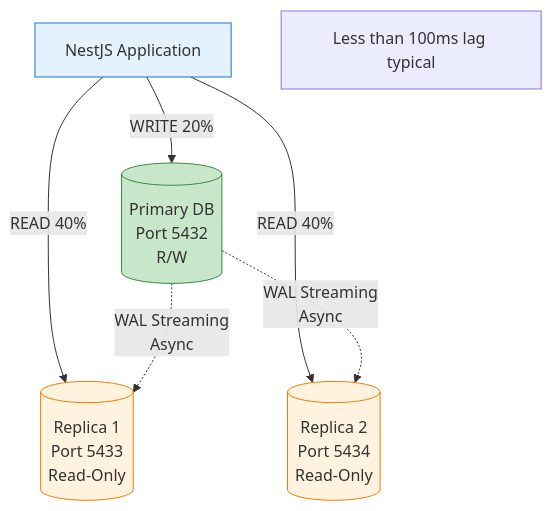
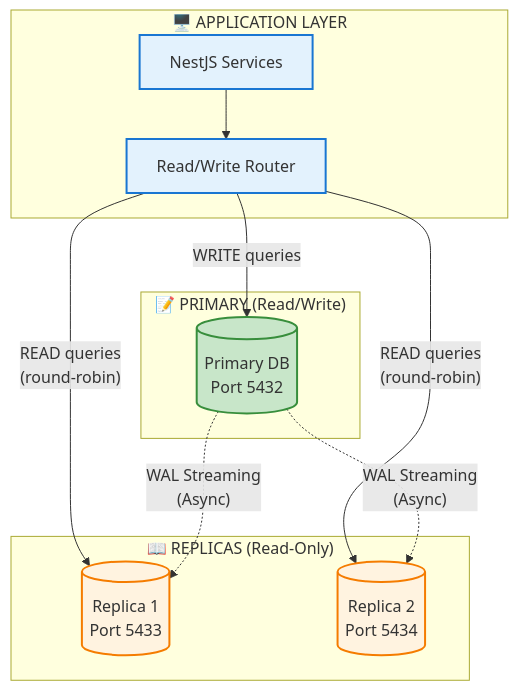
One commit to dieuxuanhien/uit-go-se360 changed the diagram in Deliverables/ADR/ADR-002-read-replicas.md. Above: the diagram before and after it, drawn with Mermaid. The commit also changed other lines of this file and 6 other files, not shown here.

````diff
--- a/Deliverables/ADR/ADR-002-read-replicas.md
+++ b/Deliverables/ADR/ADR-002-read-replicas.md
@@ -45,22 +157,32 @@
 ```mermaid
 flowchart TD
-    App[NestJS Application]
+    subgraph App["🖥️ APPLICATION LAYER"]
+        NestJS["NestJS Services"]
+        Router["Read/Write Router"]
+    end
     
-    App -->|WRITE 20%| Primary
-    App -->|READ 40%| Rep1
-    App -->|READ 40%| Rep2
+    subgraph Primary["📝 PRIMARY (Read/Write)"]
+        PDB[(Primary DB<br>Port 5432)]
+    end
     
-    Primary[(Primary DB<br>Port 5432<br>R/W)]
-    Rep1[(Replica 1<br>Port 5433<br>Read-Only)]
-    Rep2[(Replica 2<br>Port 5434<br>Read-Only)]
+    subgraph Replicas["📖 REPLICAS (Read-Only)"]
+        Rep1[(Replica 1<br>Port 5433)]
+        Rep2[(Replica 2<br>Port 5434)]
+    end
     
-    Primary -.->|WAL Streaming<br>Async| Rep1
-    Primary -.->|WAL Streaming<br>Async| Rep2
+    NestJS --> Router
+    Router -->|"WRITE queries"| PDB
+    Router -->|"READ queries<br>(round-robin)"| Rep1
+    Router -->|"READ queries<br>(round-robin)"| Rep2
     
-    Note[Less than 100ms lag typical]
+    PDB -.->|"WAL Streaming<br>(Async)"| Rep1
+    PDB -.->|"WAL Streaming<br>(Async)"| Rep2
     
-    style Primary fill:#c8e6c9,stroke:#388e3c
-    style Rep1 fill:#fff3e0,stroke:#f57c00
-    style Rep2 fill:#fff3e0,stroke:#f57c00
-    style App fill:#e3f2fd,stroke:#1976d2
+    classDef appBox fill:#e3f2fd,stroke:#1976d2,stroke-width:2px
+    classDef primaryBox fill:#c8e6c9,stroke:#388e3c,stroke-width:2px
+    classDef replicaBox fill:#fff3e0,stroke:#f57c00,stroke-width:2px
+    
+    class NestJS,Router appBox
+    class PDB primaryBox
+    class Rep1,Rep2 replicaBox
 ```
````
